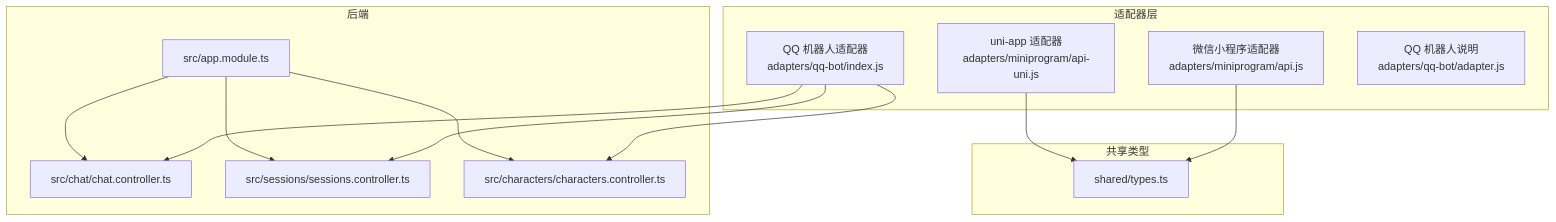
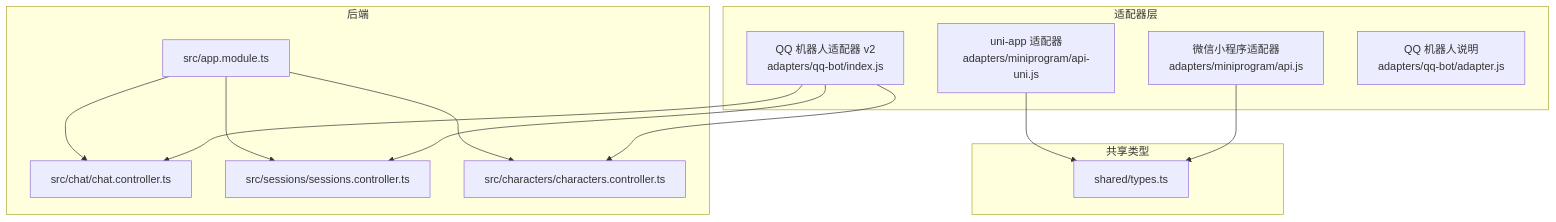
One commit to L1mingyoung/ex changed the first of 7 diagrams in .qoder/repowiki/zh/content/多平台适配器/多平台适配器.md. Above: the diagram before and after it, drawn with Mermaid. The commit also changed other lines of this file and 13 other files, not shown here.

````diff
--- a/.qoder/repowiki/zh/content/多平台适配器/多平台适配器.md
+++ b/.qoder/repowiki/zh/content/多平台适配器/多平台适配器.md
@@ -41,26 +41,26 @@
 ```mermaid
 graph TB
 subgraph "适配器层"
 MP["微信小程序适配器<br/>adapters/miniprogram/api.js"]
 UNI["uni-app 适配器<br/>adapters/miniprogram/api-uni.js"]
-QQ["QQ 机器人适配器<br/>adapters/qq-bot/index.js"]
+QQ["QQ 机器人适配器 v2<br/>adapters/qq-bot/index.js"]
 QQA["QQ 机器人说明<br/>adapters/qq-bot/adapter.js"]
 end
 subgraph "共享类型"
 T["shared/types.ts"]
 end
 subgraph "后端"
 APP["src/app.module.ts"]
 CHAT["src/chat/chat.controller.ts"]
 SESS["src/sessions/sessions.controller.ts"]
 CHAR["src/characters/characters.controller.ts"]
 end
 MP --> T
 UNI --> T
 QQ --> CHAT
 QQ --> SESS
 QQ --> CHAR
 APP --> CHAT
 APP --> SESS
 APP --> CHAR
 ```
````
